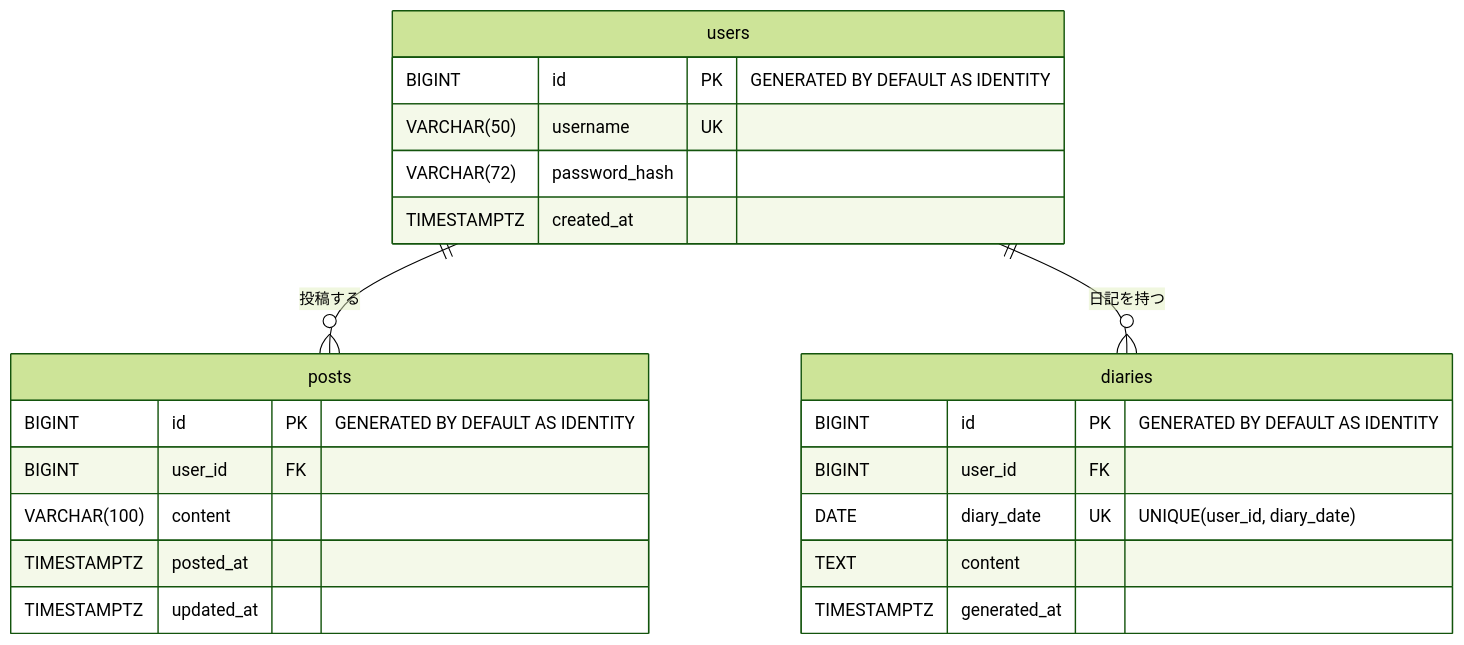
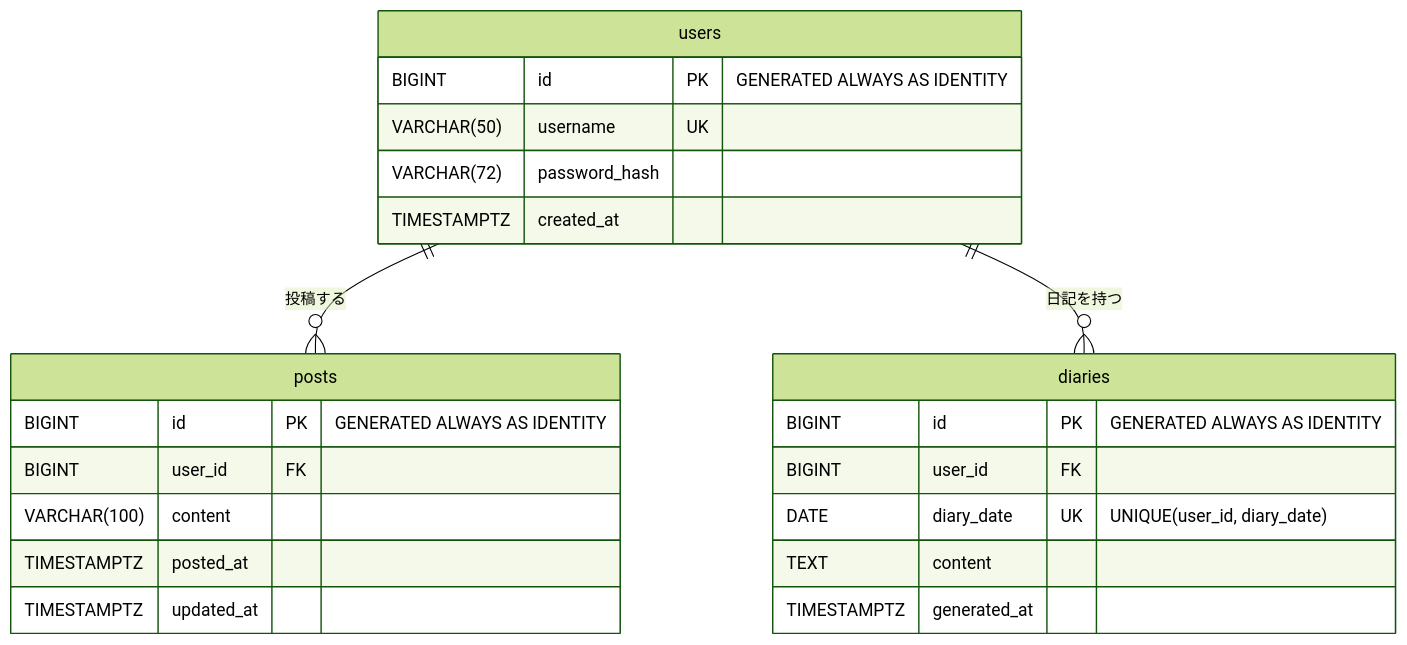
The diagram in docs/phase1-spec.md (fuji-t88/tsumory), drawn with Mermaid (forest theme) before and after one commit. The commit also changed other lines of this file and 1 other file, not shown here.

Commit message:
Update phase 1 spec and conventions for schema, logging and authentication

````diff
--- a/docs/phase1-spec.md
+++ b/docs/phase1-spec.md
@@ -37,28 +36,28 @@
 ```mermaid
 erDiagram
     users ||--o{ posts : "投稿する"
     users ||--o{ diaries : "日記を持つ"
 
     users {
-        BIGINT id PK "GENERATED BY DEFAULT AS IDENTITY"
+        BIGINT id PK "GENERATED ALWAYS AS IDENTITY"
         VARCHAR(50) username UK
         VARCHAR(72) password_hash
         TIMESTAMPTZ created_at
     }
 
     posts {
-        BIGINT id PK "GENERATED BY DEFAULT AS IDENTITY"
+        BIGINT id PK "GENERATED ALWAYS AS IDENTITY"
         BIGINT user_id FK
         VARCHAR(100) content
         TIMESTAMPTZ posted_at
         TIMESTAMPTZ updated_at
     }
 
     diaries {
-        BIGINT id PK "GENERATED BY DEFAULT AS IDENTITY"
+        BIGINT id PK "GENERATED ALWAYS AS IDENTITY"
         BIGINT user_id FK
         DATE diary_date UK "UNIQUE(user_id, diary_date)"
         TEXT content
         TIMESTAMPTZ generated_at
     }
 ```
````
